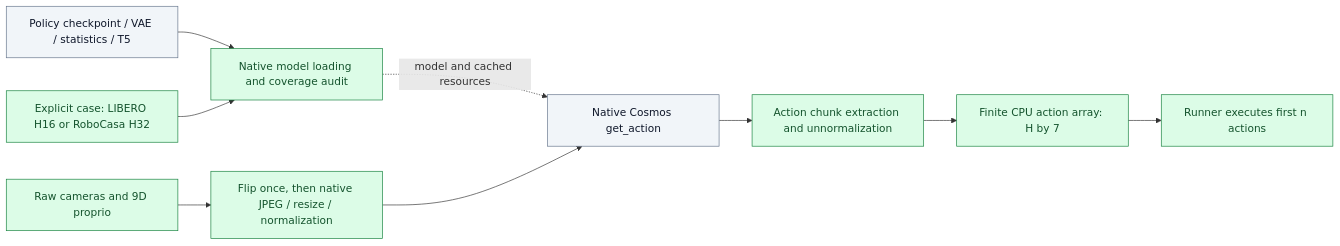
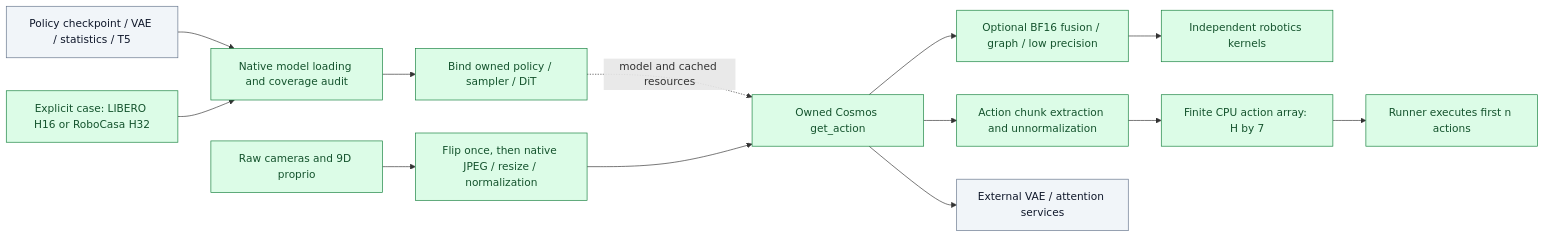
One commit to Ther-nullptr/robotics-the-speedup-paradox changed the diagram in docs/diagrams/03-inference-path.mmd. Above: the diagram before and after it, drawn with Mermaid. The commit also changed 8 other files, not shown here.

First line of the commit message:
docs: 更新本仓推理与算子架构 / document owned inference and kernel architecture

```diff
--- a/docs/diagrams/03-inference-path.mmd
+++ b/docs/diagrams/03-inference-path.mmd
@@ -1,15 +1,19 @@
 flowchart LR
     accTitle: Current Cosmos Inference Boundary
-    accDescr: The Cosmos adapter keeps model loading and checkpoint auditing outside the inference loop. It selects the explicit LIBERO or RoboCasa case, preprocesses raw observations with native semantics, calls the external model, and returns a CPU action chunk. Quantized backends are not built in.
+    accDescr: Native loading and checkpoint audit precede binding owned Cosmos policy, sampler and DiT execution code. Optional fusion and precision adapters preserve the engine boundary. VAE and attention services remain external. CPU action chunks are returned to the runner.
     resources["Policy checkpoint / VAE / statistics / T5"] --> load["Native model loading and coverage audit"]
     case_config["Explicit case: LIBERO H16 or RoboCasa H32"] --> load
     observations["Raw cameras and 9D proprio"] --> preprocessing["Flip once, then native JPEG / resize / normalization"]
-    load -. "model and cached resources" .-> inference["Native Cosmos get_action"]
+    load --> binding["Bind owned policy / sampler / DiT"]
+    binding -. "model and cached resources" .-> inference["Owned Cosmos get_action"]
     preprocessing --> inference
     inference --> extraction["Action chunk extraction and unnormalization"]
+    inference --> optimizations["Optional BF16 fusion / graph / low precision"]
+    optimizations --> kernels["Independent robotics kernels"]
+    inference --> dependencies["External VAE / attention services"]
     extraction --> cpu_actions["Finite CPU action array: H by 7"]
     cpu_actions --> runner["Runner executes first n actions"]
     classDef existing fill:#dcfce7,stroke:#15803d,color:#14532d
     classDef external fill:#f1f5f9,stroke:#64748b,color:#0f172a
-    class load,case_config,observations,preprocessing,extraction,cpu_actions,runner existing
-    class resources,inference external
+    class load,binding,inference,optimizations,kernels,case_config,observations,preprocessing,extraction,cpu_actions,runner existing
+    class resources,dependencies external
```
